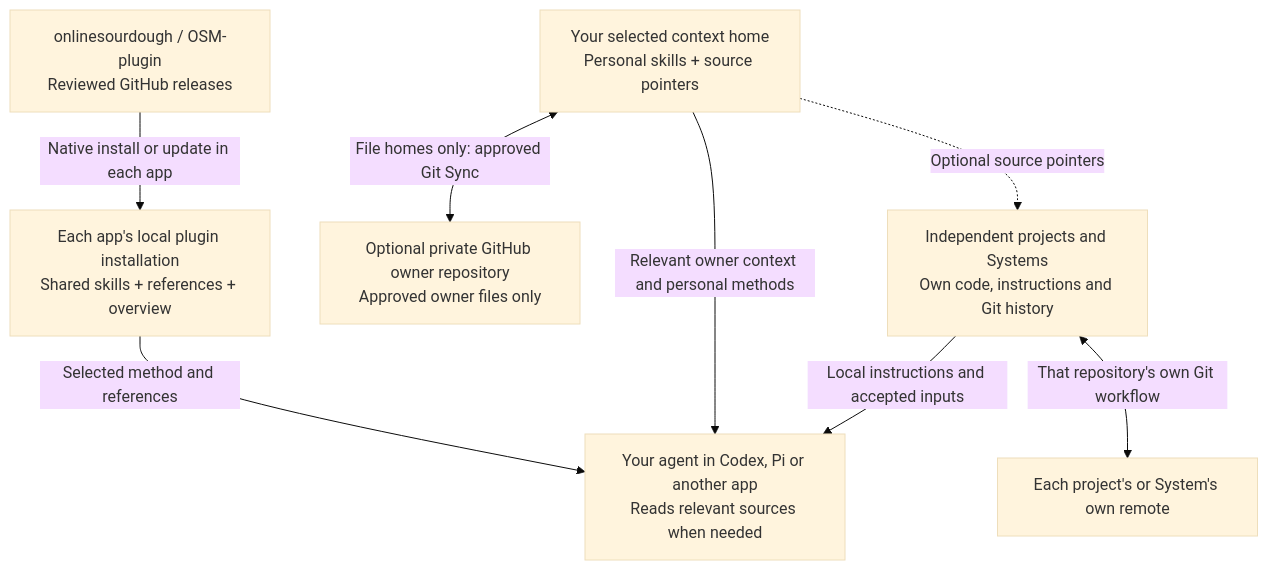
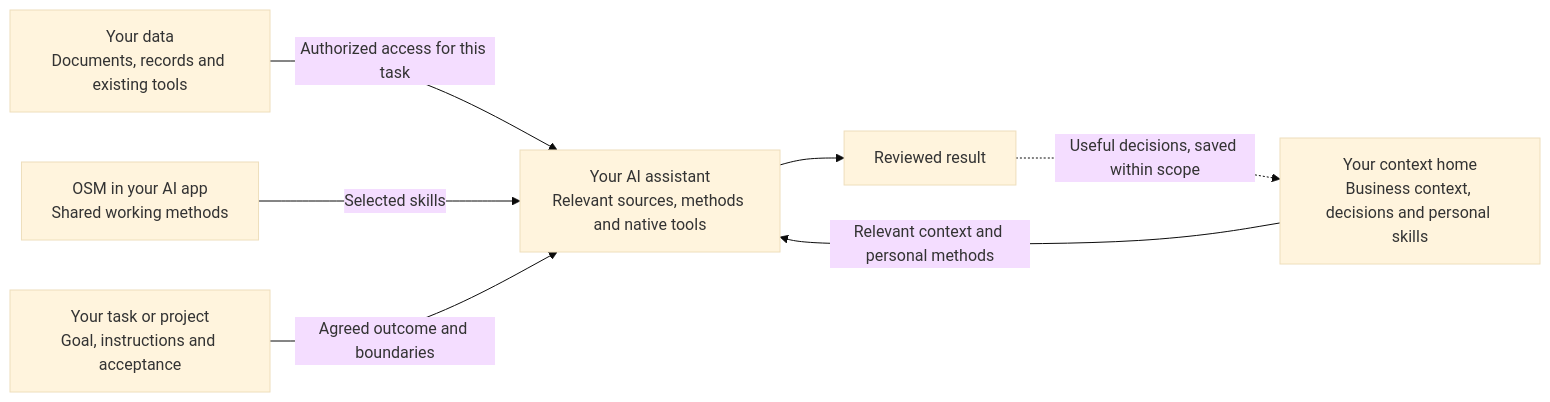
One commit to onlinesourdough/OSM-plugin changed the diagram in README.md. Above: the diagram before and after it, drawn with Mermaid (base theme). The commit also changed other lines of this file and 1 other file, not shown here.

Commit message:
Explain OSM through data, context and skills

````diff
--- a/README.md
+++ b/README.md
@@ -355,17 +372,15 @@
 ```mermaid
-flowchart TB
-    upstream["onlinesourdough / OSM-plugin<br/>Reviewed GitHub releases"]
-    installed["Each app's local plugin installation<br/>Shared skills + references + overview"]
-    agent["Your agent in Codex, Pi or another app<br/>Reads relevant sources when needed"]
-    personal["Your selected context home<br/>Personal skills + source pointers"]
-    backup["Optional private GitHub owner repository<br/>Approved owner files only"]
-    project["Independent projects and Systems<br/>Own code, instructions and Git history"]
-    projectremote["Each project's or System's own remote"]
-    upstream -->|"Native install or update in each app"| installed
-    installed -->|"Selected method and references"| agent
-    personal -->|"Relevant owner context and personal methods"| agent
-    personal <-->|"File homes only: approved Git Sync"| backup
-    personal -.->|"Optional source pointers"| project
-    project -->|"Local instructions and accepted inputs"| agent
-    project <-->|"That repository's own Git workflow"| projectremote
+flowchart LR
+    data["Your data<br/>Documents, records and existing tools"]
+    context["Your context home<br/>Business context, decisions and personal skills"]
+    osm["OSM in your AI app<br/>Shared working methods"]
+    task["Your task or project<br/>Goal, instructions and acceptance"]
+    agent["Your AI assistant<br/>Relevant sources, methods and native tools"]
+    result["Reviewed result"]
+    data -->|"Authorized access for this task"| agent
+    context -->|"Relevant context and personal methods"| agent
+    osm -->|"Selected skills"| agent
+    task -->|"Agreed outcome and boundaries"| agent
+    agent --> result
+    result -.->|"Useful decisions, saved within scope"| context
 ```
````
